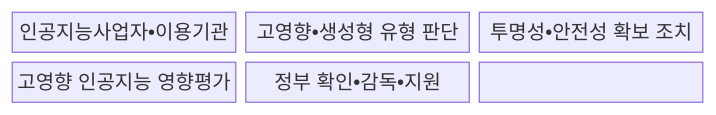
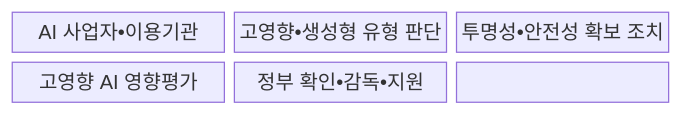
The first of 2 diagrams in src/content/docs/notes/07-law-policy/028_ai_basic_act.md (agnusdei1207/knowledge-base), drawn with Mermaid before and after one commit. The commit also changed other lines of this file and 20 other files, not shown here.

````diff
--- a/src/content/docs/notes/07-law-policy/028_ai_basic_act.md
+++ b/src/content/docs/notes/07-law-policy/028_ai_basic_act.md
@@ -69,11 +71,11 @@
 ```mermaid
 block-beta
   columns 3
-  N0["인공지능사업자•이용기관"]
+  N0["AI 사업자•이용기관"]
   N1["고영향•생성형 유형 판단"]
   N2["투명성•안전성 확보 조치"]
-  N3["고영향 인공지능 영향평가"]
+  N3["고영향 AI 영향평가"]
   N4["정부 확인•감독•지원"]
   N0 --- N1 --- N2
   N2 --- N3 --- N4
 ```
````
